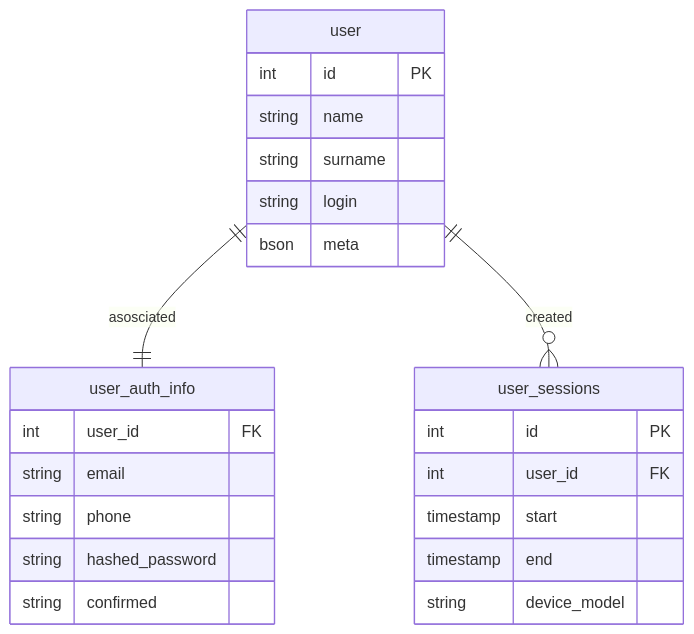
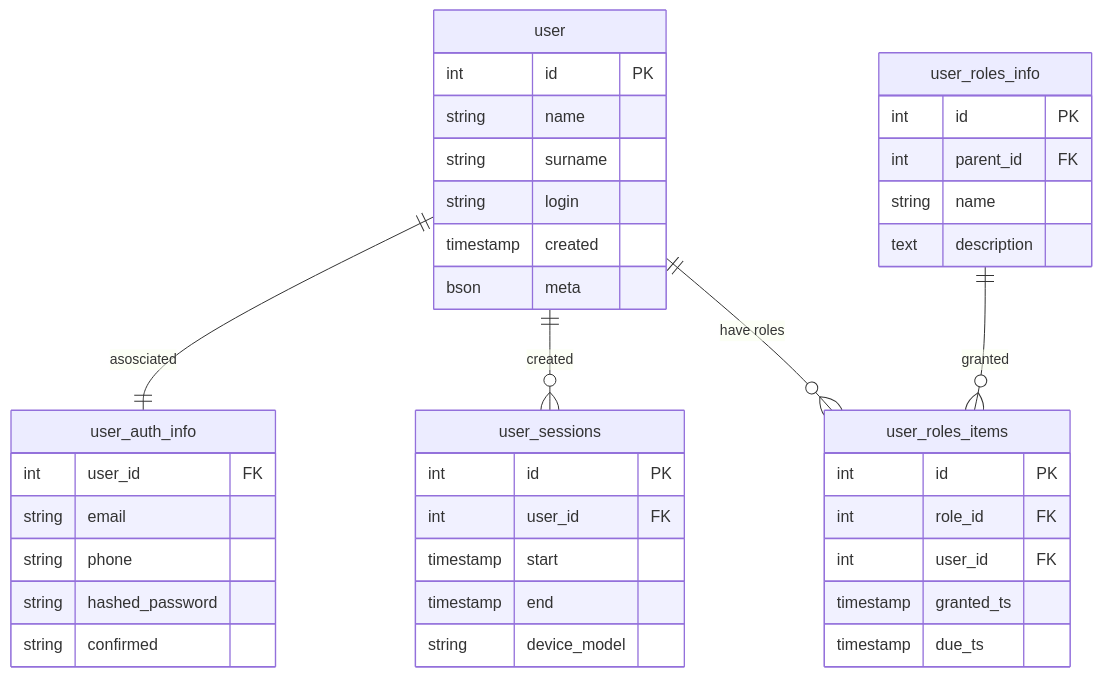
Before and after one commit to ssstepin/SOA: the diagram in docs/user_service.md, drawn with Mermaid. The commit also changed 3 other files, not shown here.

````diff
--- a/docs/user_service.md
+++ b/docs/user_service.md
@@ -1,30 +1,48 @@
 ```mermaid
 erDiagram
     user {
         int id PK
         string name
         string surname
         string login
+        timestamp created 
         bson meta
     }
 
     user_auth_info {
         int user_id FK
         string email
         string phone
         string hashed_password
         string confirmed
     }
 
 
      user_sessions {
         int id PK
         int user_id FK
         timestamp start
         timestamp end
         string device_model
      }
 
+     user_roles_info {
+        int id PK
+        int parent_id FK
+        string name
+        text description
+     }
+
+     user_roles_items {
+        int id PK
+        int role_id FK
+        int user_id FK
+        timestamp granted_ts
+        timestamp due_ts
+     }
+
      user ||--|| user_auth_info : asosciated
      user ||--o{ user_sessions: created
+     user ||--o{ user_roles_items: "have roles"
+     user_roles_info ||--o{ user_roles_items: granted
 ```
````
